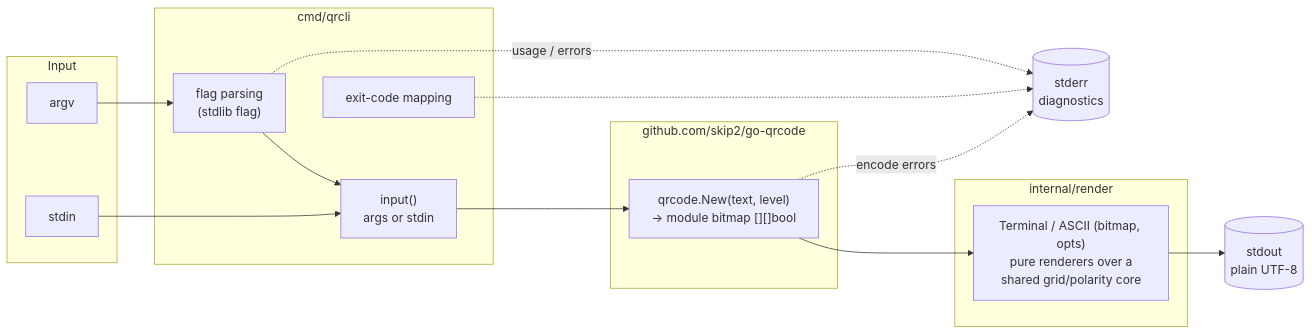
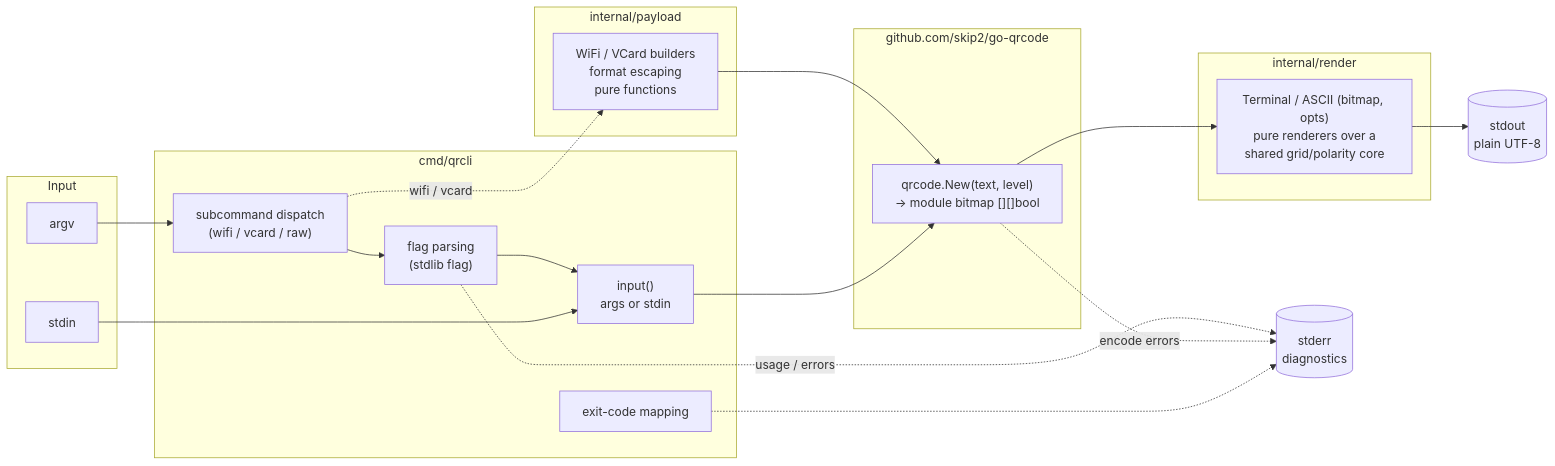
The first of 3 diagrams in docs/architecture.md (CaporalDead/qrcli), drawn with Mermaid before and after one commit. The commit also changed other lines of this file and 7 other files, not shown here.

First line of the commit message:
feat: wifi and vcard payload subcommands (#18)

````diff
--- a/docs/architecture.md
+++ b/docs/architecture.md
@@ -9,31 +9,37 @@
 ```mermaid
 flowchart LR
     subgraph inputs [Input]
         A[argv]
         S[stdin]
     end
 
     subgraph cmd [cmd/qrcli]
+        D["subcommand dispatch<br/>(wifi / vcard / raw)"]
         P["flag parsing<br/>(stdlib flag)"]
         I["input()<br/>args or stdin"]
         E["exit-code mapping"]
+    end
+
+    subgraph pay [internal/payload]
+        W["WiFi / VCard builders<br/>format escaping<br/>pure functions"]
     end
 
     subgraph deps [github.com/skip2/go-qrcode]
         Q["qrcode.New(text, level)<br/>→ module bitmap [][]bool"]
     end
 
     subgraph internal [internal/render]
         R["Terminal / ASCII (bitmap, opts)<br/>pure renderers over a<br/>shared grid/polarity core"]
     end
 
     O[(stdout<br/>plain UTF-8)]
     ERR[(stderr<br/>diagnostics)]
 
-    A --> P --> I
+    A --> D --> P --> I
     S --> I
+    D -. "wifi / vcard" .-> W --> Q
     I --> Q --> R --> O
     P -. "usage / errors" .-> ERR
     Q -. "encode errors" .-> ERR
     E -.-> ERR
 ```
````
